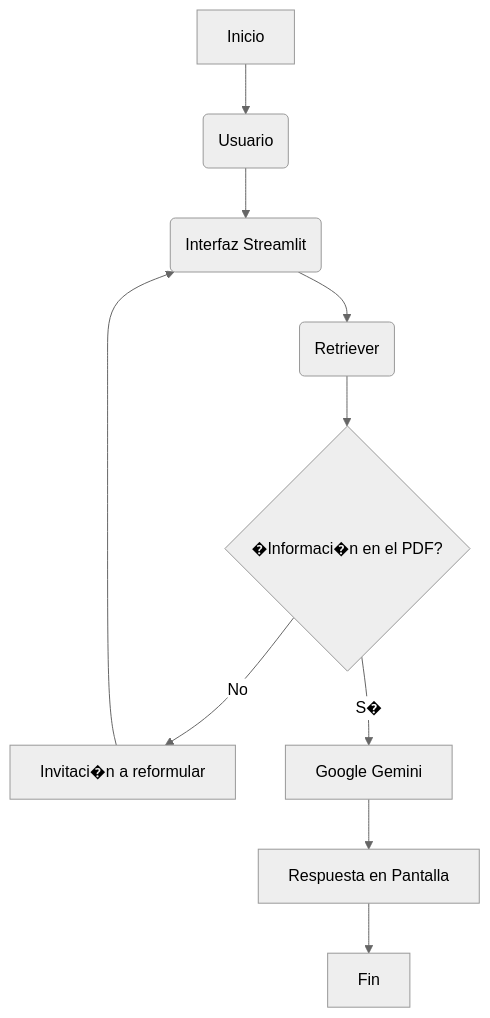
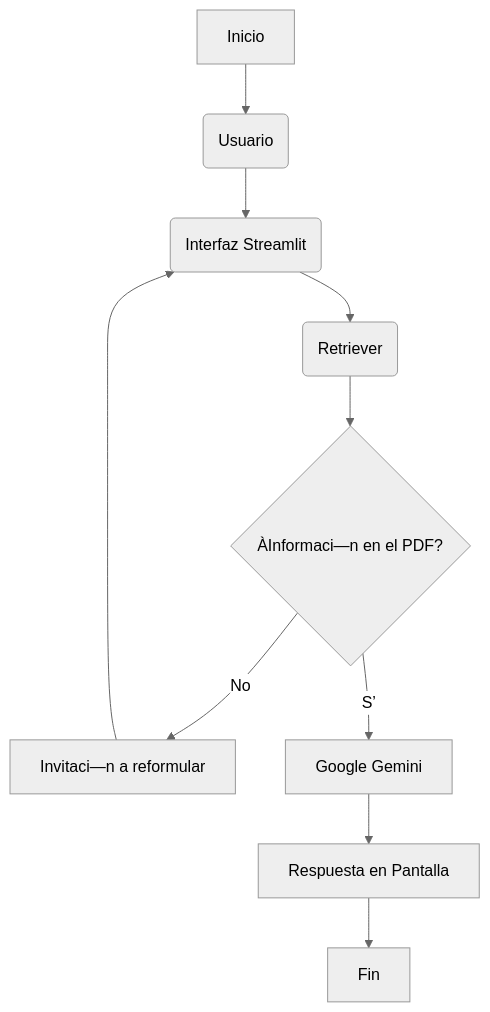
The diagram in README.md (miramar1974/orquestador-pdf), drawn with Mermaid (neutral theme) before and after one commit. The commit also changed other lines of this file, not shown here.

````diff
--- a/README.md
+++ b/README.md
@@ -38,12 +38,12 @@
 ```mermaid
 graph TD
     A[Inicio] --> B(Usuario)
     B --> C(Interfaz Streamlit)
     C --> D(Retriever)
-    D --> E{�Informaci�n en el PDF?}
-    E -- No --> F[Invitaci�n a reformular]
+    D --> E{ÀInformaci—n en el PDF?}
+    E -- No --> F[Invitaci—n a reformular]
     F --> C
-    E -- S� --> G[Google Gemini]
+    E -- S’ --> G[Google Gemini]
     G --> H[Respuesta en Pantalla]
     H --> I[Fin]
 ```
````
